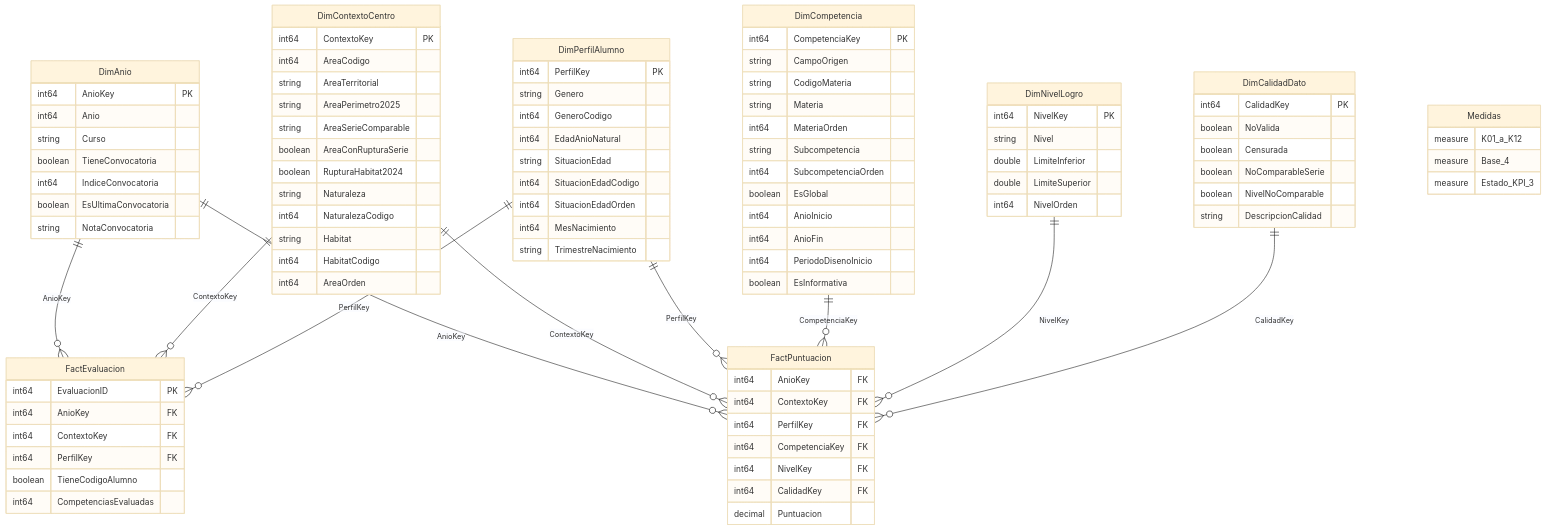
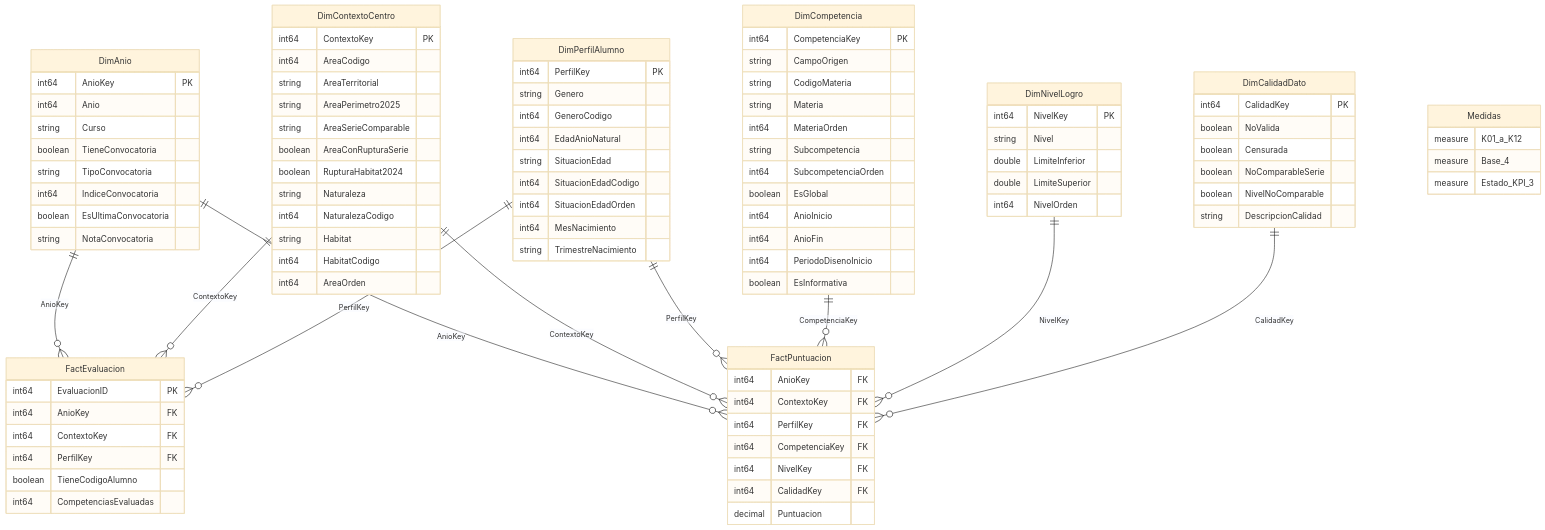
The second of 2 diagrams in Documentation/Docu_Final/Docu_Parcial/02_Modelo_y_diccionario.md (Ochimbo/TFG_Project), drawn with Mermaid (base theme) before and after one commit. The commit also changed other lines of this file and 84 other files, not shown here.

```diff
--- a/Documentation/Docu_Final/Docu_Parcial/02_Modelo_y_diccionario.md
+++ b/Documentation/Docu_Final/Docu_Parcial/02_Modelo_y_diccionario.md
@@ -102,6 +102,7 @@
         int64 Anio
         string Curso
         boolean TieneConvocatoria
+        string TipoConvocatoria
         int64 IndiceConvocatoria
         boolean EsUltimaConvocatoria
         string NotaConvocatoria
```
